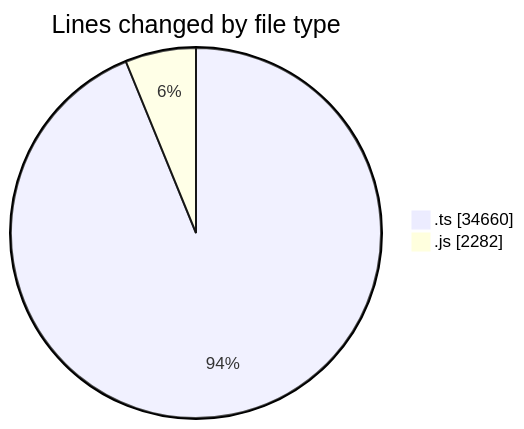
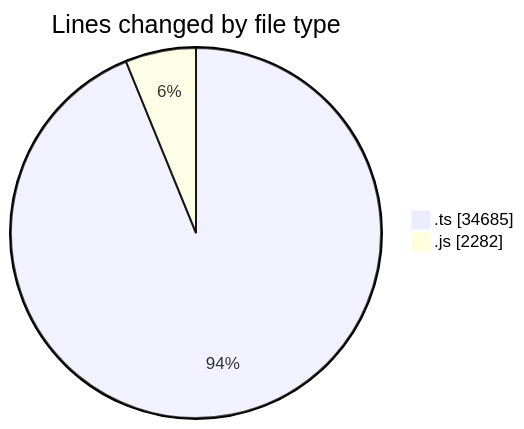
The first of 2 diagrams in 2025-06-26/cda/README.md (momahboobian/code-tracking), drawn with Mermaid before and after one commit. The commit also changed other lines of this file and 1 other file, not shown here.

````diff
--- a/2025-06-26/cda/README.md
+++ b/2025-06-26/cda/README.md
@@ -36,6 +36,6 @@
 ```mermaid
 pie showData
 title Lines changed by file type
-".ts" : 34660
+".ts" : 34685
 ".js" : 2282
 ```
````
